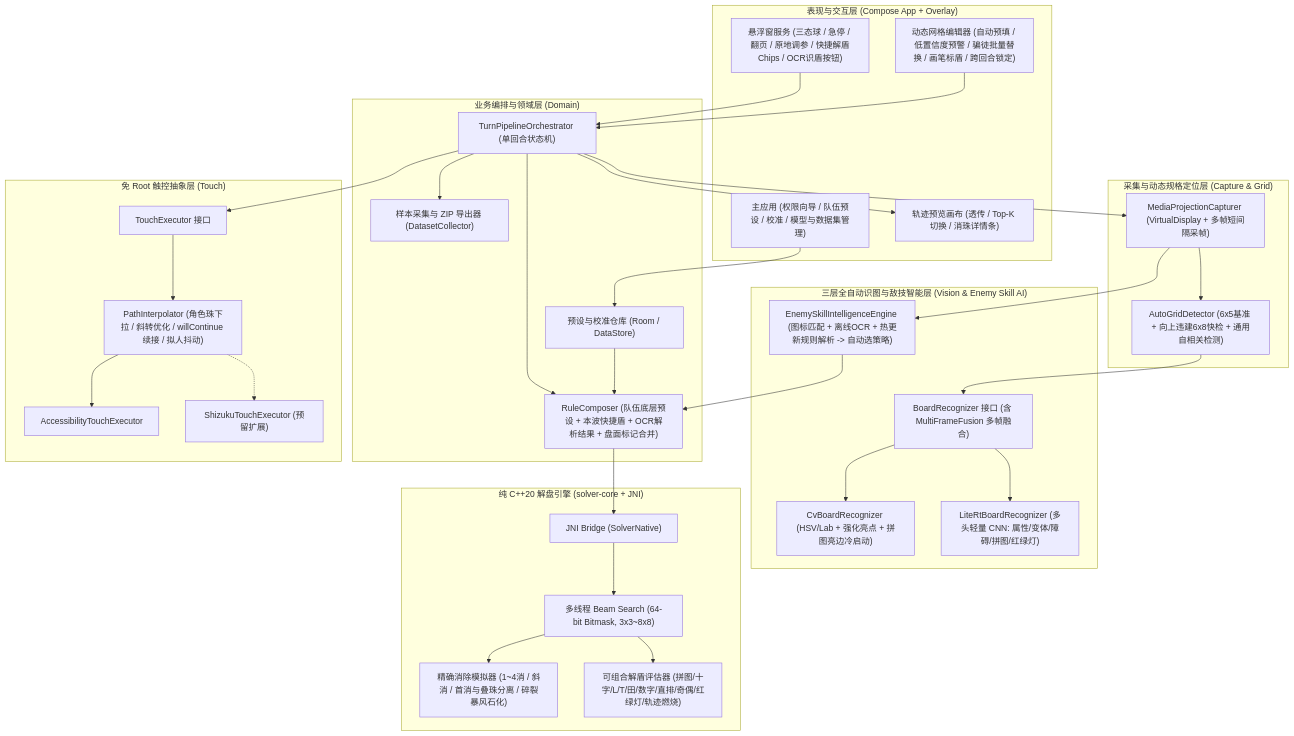
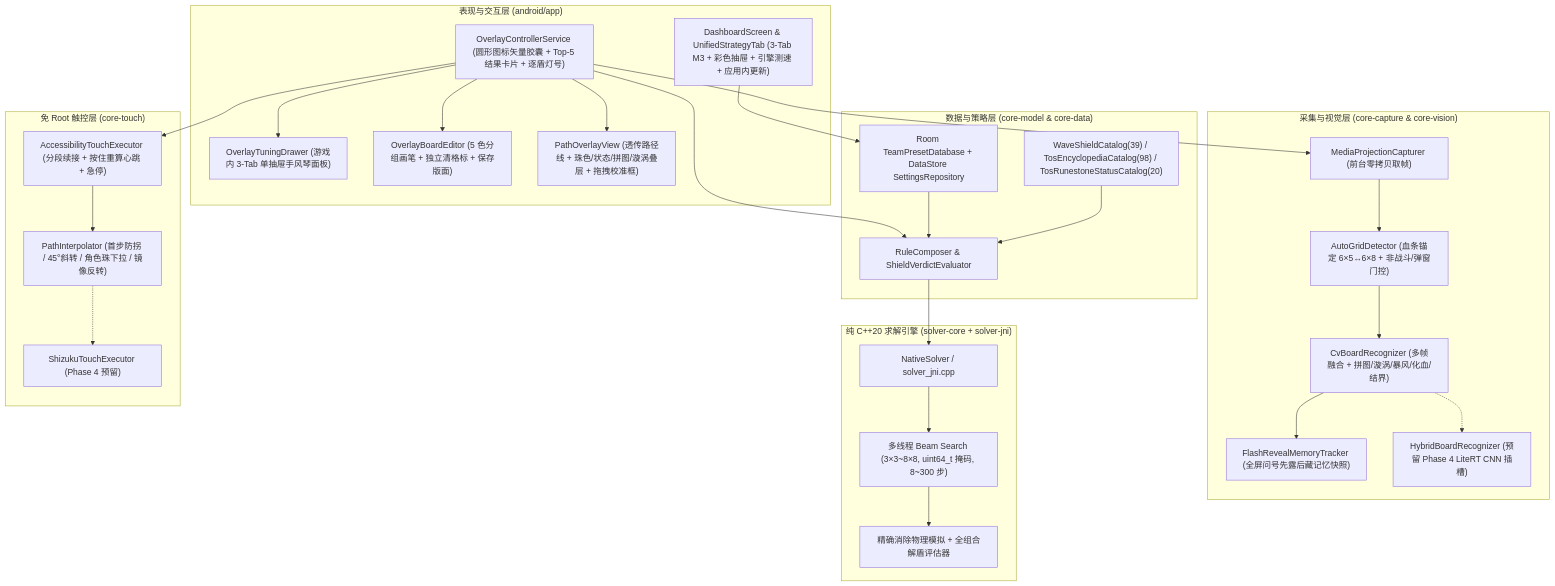
One commit to CloverKing/AutoDora-NEXT changed the third of 3 diagrams in docs/ARCHITECTURE.md. Above: the diagram before and after it, drawn with Mermaid. The commit also changed other lines of this file and 13 other files, not shown here.

Commit message:
docs: enrich README with v0.4.2 screenshots, update architecture & planning docs, and enforce doc-sync policy

````diff
--- a/docs/ARCHITECTURE.md
+++ b/docs/ARCHITECTURE.md
@@ -200,65 +149,55 @@
 ```mermaid
 flowchart TD
-    subgraph UI["表现与交互层 (Compose App + Overlay)"]
-        MainApp["主应用 (权限向导 / 队伍预设 / 校准 / 模型与数据集管理)"]
-        OverlayMgr["悬浮窗服务 (三态球 / 急停 / 翻页 / 原地调参 / 快捷解盾Chips / OCR识盾按钮)"]
-        PathView["轨迹预览画布 (透传 / Top-K 切换 / 消珠详情条)"]
-        BoardEdit["动态网格编辑器 (自动预填 / 低置信度预警 / 骗徒批量替换 / 画笔标盾 / 跨回合锁定)"]
+    subgraph UI["表现与交互层 (android/app)"]
+        MainApp["DashboardScreen & UnifiedStrategyTab (3-Tab M3 + 彩色抽屉 + 引擎测速 + 应用内更新)"]
+        OverlayMgr["OverlayControllerService (圆形图标矢量胶囊 + Top-5 结果卡片 + 逐盾灯号)"]
+        TuningDrawer["OverlayTuningDrawer (游戏内 3-Tab 单抽屉手风琴面板)"]
+        BoardEdit["OverlayBoardEditor (5 色分组画笔 + 独立清格标 + 保存版面)"]
+        PathView["PathOverlayView (透传路径线 + 珠色/状态/拼图/漩涡叠层 + 拖拽校准框)"]
     end
 
-    subgraph Domain["业务编排与领域层 (Domain)"]
-        Orch["TurnPipelineOrchestrator (单回合状态机)"]
-        Composer["RuleComposer (队伍底层预设 + 本波快捷盾 + OCR解析结果 + 盘面标记合并)"]
-        PresetRepo["预设与校准仓库 (Room / DataStore)"]
-        DatasetMgr["样本采集与 ZIP 导出器 (DatasetCollector)"]
+    subgraph Data["数据与策略层 (core-model & core-data)"]
+        Composer["RuleComposer & ShieldVerdictEvaluator"]
+        Catalogs["WaveShieldCatalog(39) / TosEncyclopediaCatalog(98) / TosRunestoneStatusCatalog(20)"]
+        Store["Room TeamPresetDatabase + DataStore SettingsRepository"]
     end
 
-    subgraph Capture["采集与动态规格定位层 (Capture & Grid)"]
-        MediaProj["MediaProjectionCapturer (VirtualDisplay + 多帧短间隔采帧)"]
-        GridDetect["AutoGridDetector (6x5基准 + 向上违建6x8快检 + 通用自相关检测)"]
+    subgraph CaptureVision["采集与视觉层 (core-capture & core-vision)"]
+        MediaProj["MediaProjectionCapturer (前台零拷贝取帧)"]
+        GridDetect["AutoGridDetector (血条锚定 6×5↔6×8 + 非战斗/弹窗门控)"]
+        CvRecog["CvBoardRecognizer (多帧融合 + 拼图/漩涡/暴风/化血/结界)"]
+        FlashMem["FlashRevealMemoryTracker (全屏问号先露后藏记忆快照)"]
+        Hybrid["HybridBoardRecognizer (预留 Phase 4 LiteRT CNN 插槽)"]
     end
 
-    subgraph Vision["三层全自动识图与敌技智能层 (Vision & Enemy Skill AI)"]
-        RecogIf["BoardRecognizer 接口 (含 MultiFrameFusion 多帧融合)"]
-        CvRecog["CvBoardRecognizer (HSV/Lab + 强化亮点 + 拼图亮边冷启动)"]
-        AiRecog["LiteRtBoardRecognizer (多头轻量 CNN: 属性/变体/障碍/拼图/红绿灯)"]
-        ShieldIntel["EnemySkillIntelligenceEngine (图标匹配 + 离线OCR + 热更新规则解析 -> 自动选策略)"]
+    subgraph Solver["纯 C++20 求解引擎 (solver-core + solver-jni)"]
+        JniBridge["NativeSolver / solver_jni.cpp"]
+        BeamEngine["多线程 Beam Search (3×3~8×8, uint64_t 掩码, 8~300 步)"]
+        SimEval["精确消除物理模拟 + 全组合解盾评估器"]
     end
 
-    subgraph Solver["纯 C++20 解盘引擎 (solver-core + JNI)"]
-        JniBridge["JNI Bridge (SolverNative)"]
-        BeamEngine["多线程 Beam Search (64-bit Bitmask, 3x3~8x8)"]
-        SimEngine["精确消除模拟器 (1~4消 / 斜消 / 首消与叠珠分离 / 碎裂暴风石化)"]
-        EvalEngine["可组合解盾评估器 (拼图/十字/L/T/田/数字/直排/奇偶/红绿灯/轨迹燃烧)"]
+    subgraph Touch["免 Root 触控层 (core-touch)"]
+        PathSmooth["PathInterpolator (首步防拐 / 45°斜转 / 角色珠下拉 / 镜像反转)"]
+        A11yExec["AccessibilityTouchExecutor (分段续接 + 按住重算心跳 + 急停)"]
+        ShizukuExec["ShizukuTouchExecutor (Phase 4 预留)"]
     end
 
-    subgraph Input["免 Root 触控抽象层 (Touch)"]
-        TouchIf["TouchExecutor 接口"]
-        PathSmooth["PathInterpolator (角色珠下拉 / 斜转优化 / willContinue 续接 / 拟人抖动)"]
-        A11yExec["AccessibilityTouchExecutor"]
-        ShizukuExec["ShizukuTouchExecutor (预留扩展)"]
-    end
-
-    OverlayMgr --> Orch
-    BoardEdit --> Orch
-    MainApp --> PresetRepo
-    Orch --> Composer
-    PresetRepo --> Composer
-    Orch --> MediaProj
+    MainApp --> Store
+    OverlayMgr --> TuningDrawer
+    OverlayMgr --> BoardEdit
+    OverlayMgr --> PathView
+    OverlayMgr --> Composer
+    OverlayMgr --> MediaProj
+    OverlayMgr --> A11yExec
+    Store --> Composer
+    Catalogs --> Composer
     MediaProj --> GridDetect
-    MediaProj --> ShieldIntel
-    ShieldIntel --> Composer
-    GridDetect --> RecogIf
-    RecogIf --> CvRecog
-    RecogIf --> AiRecog
-    Orch --> DatasetMgr
+    GridDetect --> CvRecog
+    CvRecog --> FlashMem
+    CvRecog -.-> Hybrid
     Composer --> JniBridge
     JniBridge --> BeamEngine
-    BeamEngine --> SimEngine
-    BeamEngine --> EvalEngine
-    Orch --> PathView
-    Orch --> TouchIf
-    TouchIf --> PathSmooth
-    PathSmooth --> A11yExec
+    BeamEngine --> SimEval
+    A11yExec --> PathSmooth
     PathSmooth -.-> ShizukuExec
 ```
````
